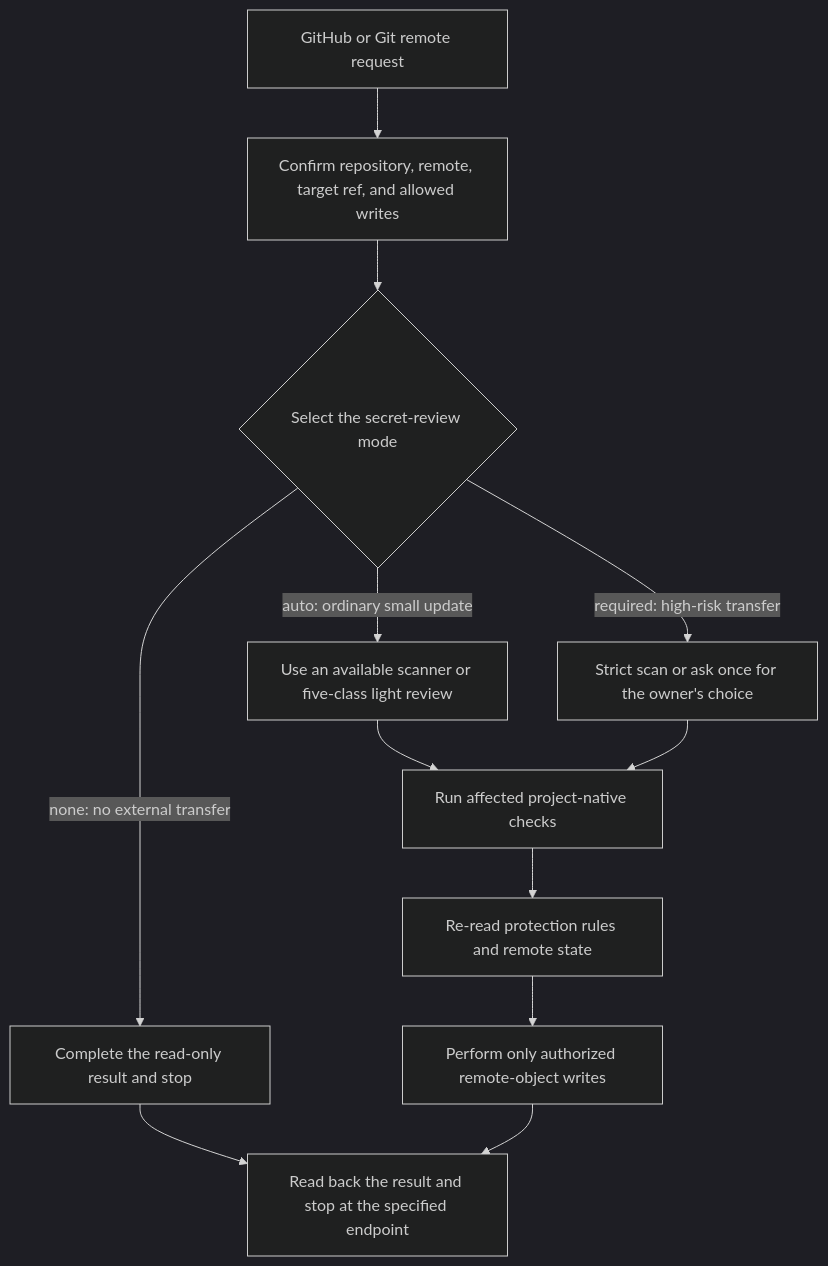
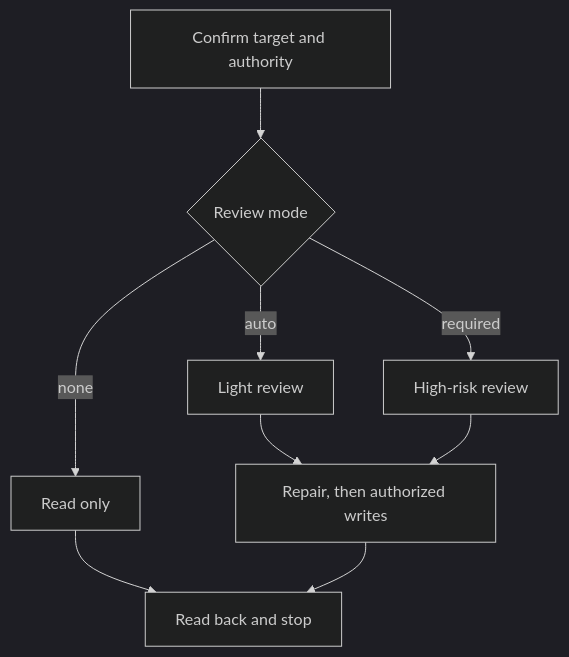
The diagram in README.en.md (AIALRA-0/agent-github-safe-publish), drawn with Mermaid (dark theme) before and after one commit. The commit also changed other lines of this file and 42 other files, not shown here.

````diff
--- a/README.en.md
+++ b/README.en.md
@@ -24,14 +24,11 @@
 ```mermaid
 flowchart TD
-    A[GitHub or Git remote request] --> B[Confirm repository, remote, target ref, and allowed writes]
-    B --> C{Select the secret-review mode}
-    C -->|none: no external transfer| D[Complete the read-only result and stop]
-    C -->|auto: ordinary small update| E[Use an available scanner or five-class light review]
-    C -->|required: high-risk transfer| F[Strict scan or ask once for the owner's choice]
-    D --> J[Read back the result and stop at the specified endpoint]
-    E --> G[Run affected project-native checks]
+    A[Confirm target and authority] --> B{Review mode}
+    B -->|none| C[Read only]
+    B -->|auto| D[Light review]
+    B -->|required| E[High-risk review]
+    D --> F[Repair, then authorized writes]
+    E --> F
+    C --> G[Read back and stop]
     F --> G
-    G --> H[Re-read protection rules and remote state]
-    H --> I[Perform only authorized remote-object writes]
-    I --> J
 ```
````
